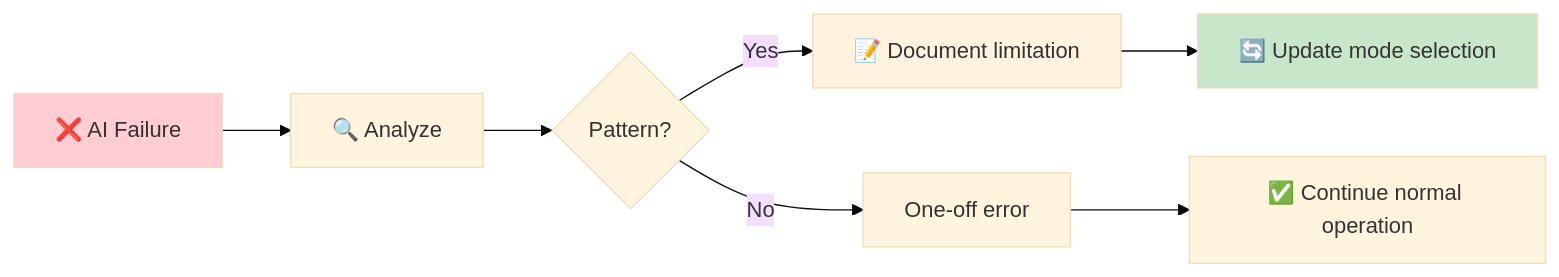
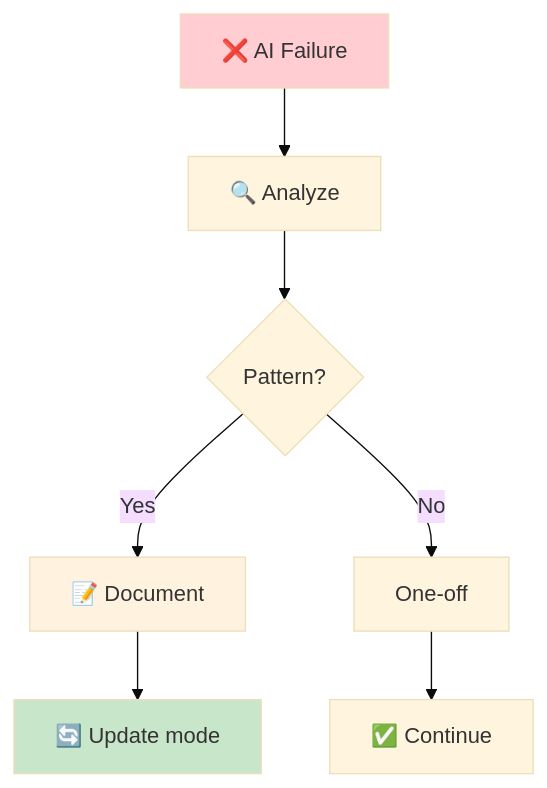
The third of 6 diagrams in website/content/papers/ai-dlc-2026/runbooks/adoption/building-trust.md (TheBushidoCollective/han), drawn with Mermaid (base theme) before and after one commit. The commit also changed other lines of this file, not shown here.

First line of the commit message:
fix(website): narrow wide Mermaid diagrams in building-trust runbook

````diff
--- a/website/content/papers/ai-dlc-2026/runbooks/adoption/building-trust.md
+++ b/website/content/papers/ai-dlc-2026/runbooks/adoption/building-trust.md
@@ -94,13 +84,13 @@
 ```mermaid
-flowchart LR
+flowchart TB
     F[❌ AI Failure] --> A[🔍 Analyze]
     A --> P{Pattern?}
-    P -->|Yes| D[📝 Document limitation]
-    P -->|No| O[One-off error]
-    D --> U[🔄 Update mode selection]
-    O --> C[✅ Continue normal operation]
+    P -->|Yes| D[📝 Document]
+    P -->|No| O[One-off]
+    D --> U[🔄 Update mode]
+    O --> C[✅ Continue]
 
     style F fill:#ffcdd2
     style D fill:#fff3e0
     style U fill:#c8e6c9
 ```
````
